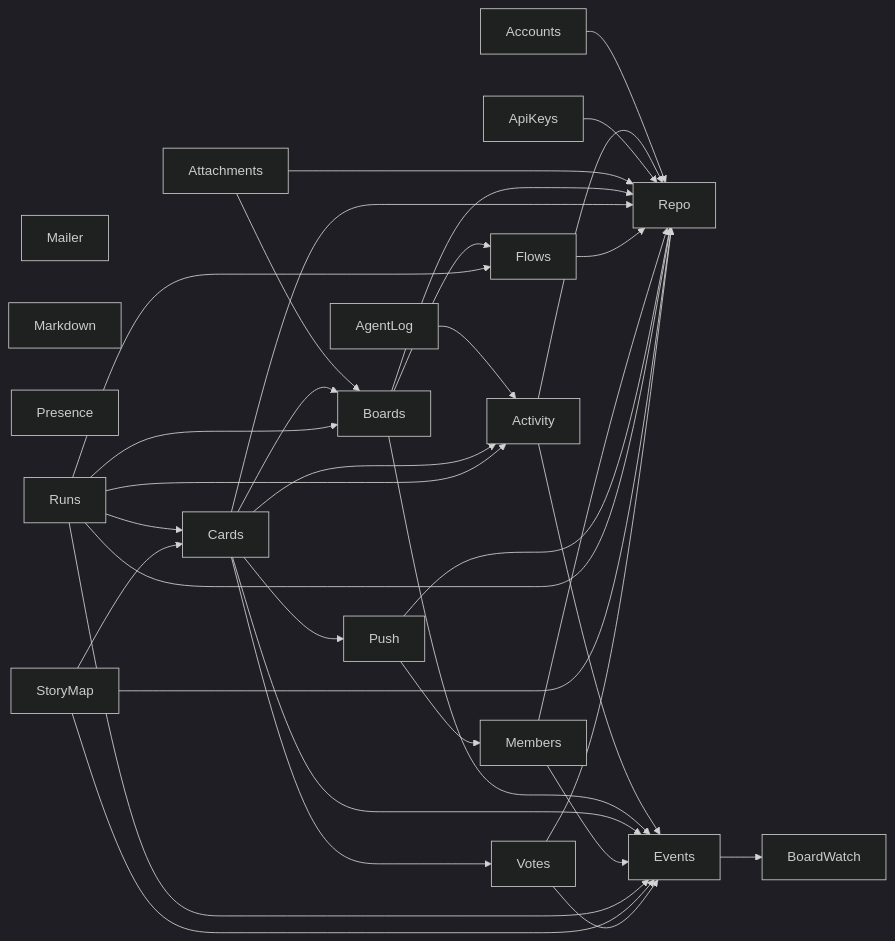
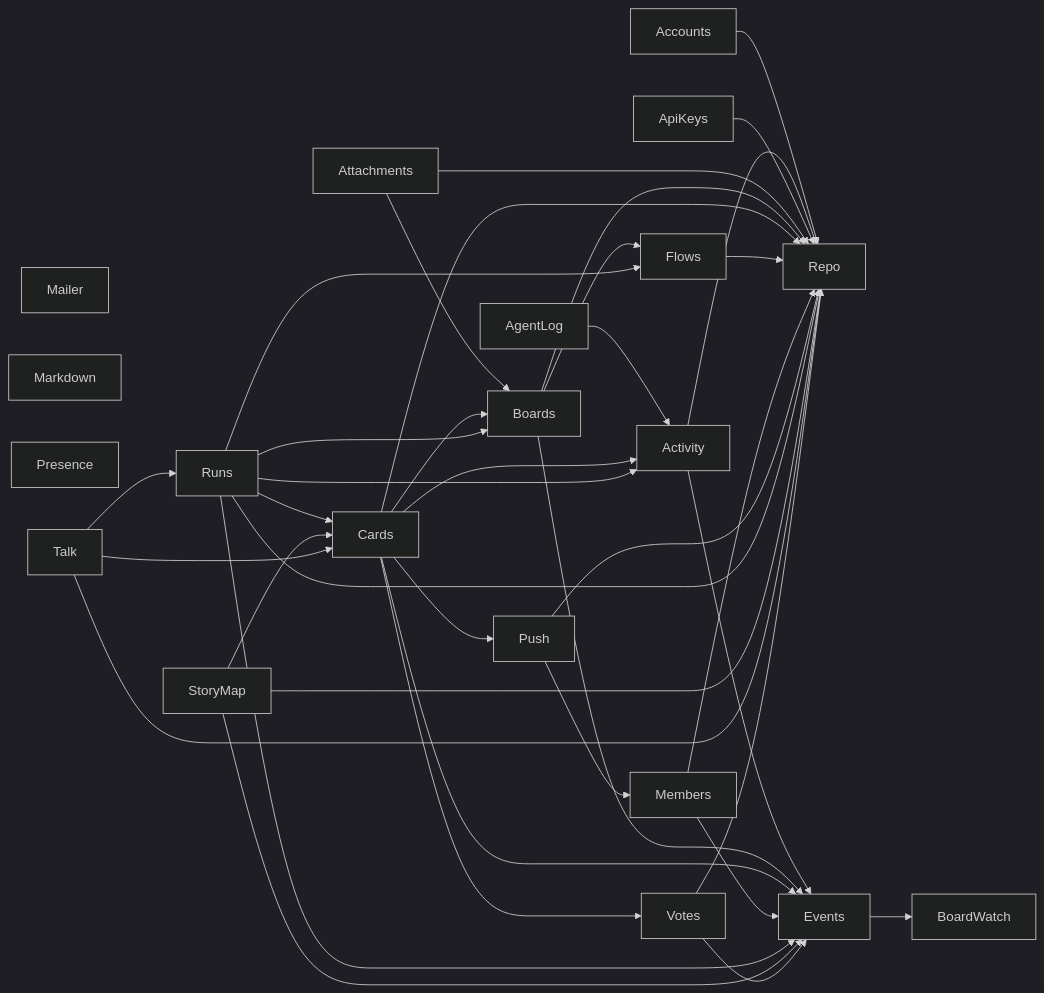
One commit to jeremylightsmith/relay changed the second of 2 diagrams in docs/architecture/deps.md. Above: the diagram before and after it, drawn with Mermaid (dark theme). The commit also changed 47 other files, not shown here.

````diff
--- a/docs/architecture/deps.md
+++ b/docs/architecture/deps.md
@@ -28,39 +28,42 @@
 ```mermaid
 flowchart LR
     Mailer
     Markdown
     Presence
     Accounts --> Repo
     Activity --> Events
     Activity --> Repo
     AgentLog --> Activity
     ApiKeys --> Repo
     Attachments --> Boards
     Attachments --> Repo
     Boards --> Events
     Boards --> Flows
     Boards --> Repo
     Cards --> Activity
     Cards --> Boards
     Cards --> Events
     Cards --> Push
     Cards --> Repo
     Cards --> Votes
     Events --> BoardWatch
     Flows --> Repo
     Members --> Events
     Members --> Repo
     Push --> Members
     Push --> Repo
     Runs --> Activity
     Runs --> Boards
     Runs --> Cards
     Runs --> Events
     Runs --> Flows
     Runs --> Repo
     StoryMap --> Cards
     StoryMap --> Events
     StoryMap --> Repo
+    Talk --> Cards
+    Talk --> Repo
+    Talk --> Runs
     Votes --> Events
     Votes --> Repo
 ```
````
